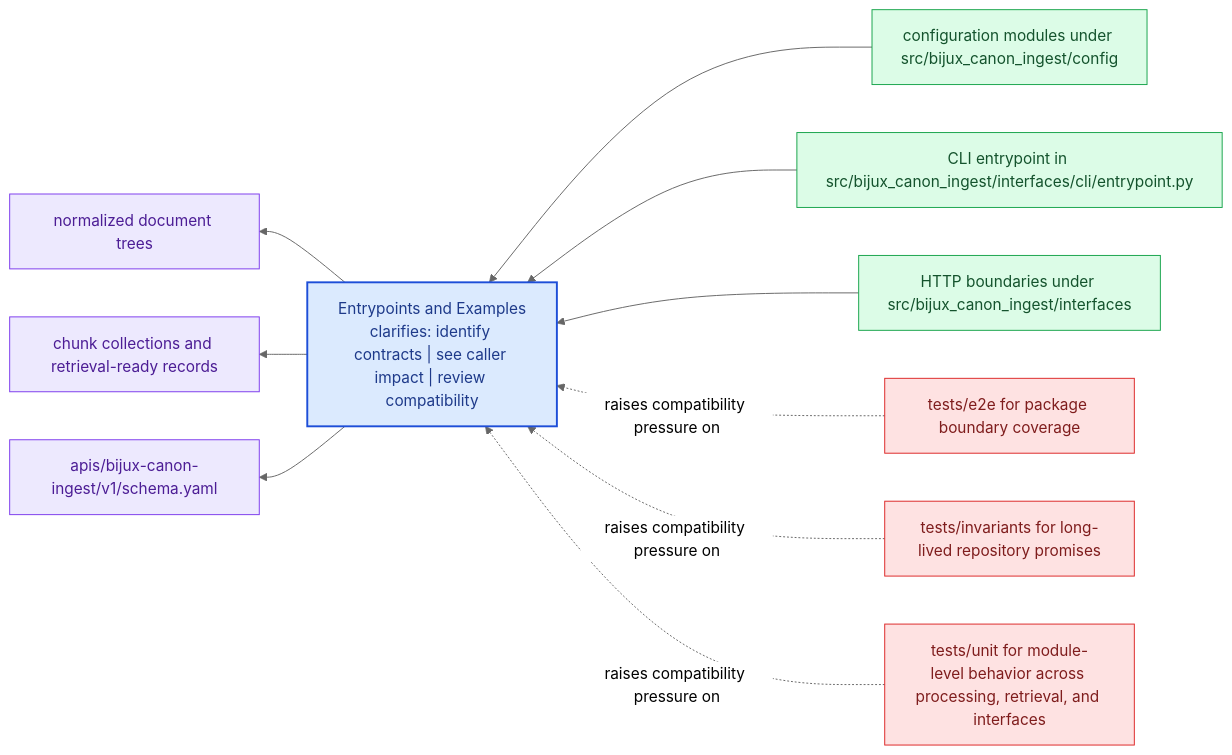
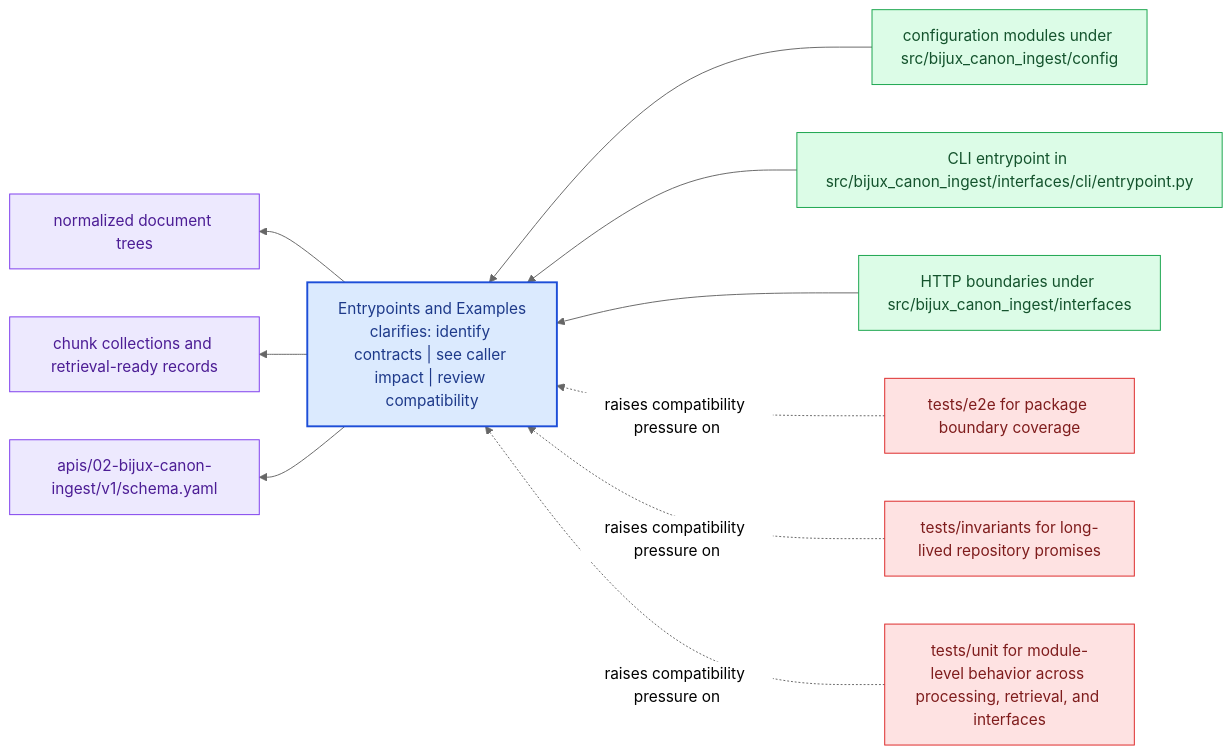
The diagram in docs/02-bijux-canon-ingest/interfaces/entrypoints-and-examples.md (bijux/bijux-canon), drawn with Mermaid (neutral theme) before and after one commit. The commit also changed other lines of this file and 167 other files, not shown here.

````diff
--- a/docs/02-bijux-canon-ingest/interfaces/entrypoints-and-examples.md
+++ b/docs/02-bijux-canon-ingest/interfaces/entrypoints-and-examples.md
@@ -22,31 +22,31 @@
 ```mermaid
 flowchart RL
     page["Entrypoints and Examples<br/>clarifies: identify contracts | see caller impact | review compatibility"]
     classDef page fill:#dbeafe,stroke:#1d4ed8,color:#1e3a8a,stroke-width:2px;
     classDef positive fill:#dcfce7,stroke:#16a34a,color:#14532d;
     classDef caution fill:#fee2e2,stroke:#dc2626,color:#7f1d1d;
     classDef anchor fill:#ede9fe,stroke:#7c3aed,color:#4c1d95;
     classDef action fill:#fef3c7,stroke:#d97706,color:#7c2d12;
     surface1["configuration modules under src/bijux_canon_ingest/config"]
     surface1 --> page
     surface2["CLI entrypoint in src/bijux_canon_ingest/interfaces/cli/entrypoint.py"]
     surface2 --> page
     surface3["HTTP boundaries under src/bijux_canon_ingest/interfaces"]
     surface3 --> page
     proof1["normalized document trees"]
     page --> proof1
     proof2["chunk collections and retrieval-ready records"]
     page --> proof2
-    proof3["apis/bijux-canon-ingest/v1/schema.yaml"]
+    proof3["apis/02-bijux-canon-ingest/v1/schema.yaml"]
     page --> proof3
     review1["tests/e2e for package boundary coverage"]
     review1 -.raises compatibility pressure on.-> page
     review2["tests/invariants for long-lived repository promises"]
     review2 -.raises compatibility pressure on.-> page
     review3["tests/unit for module-level behavior across processing, retrieval, and interfaces"]
     review3 -.raises compatibility pressure on.-> page
     class page page;
     class surface1,surface2,surface3 positive;
     class proof1,proof2,proof3 anchor;
     class review1,review2,review3 caution;
 ```
````
